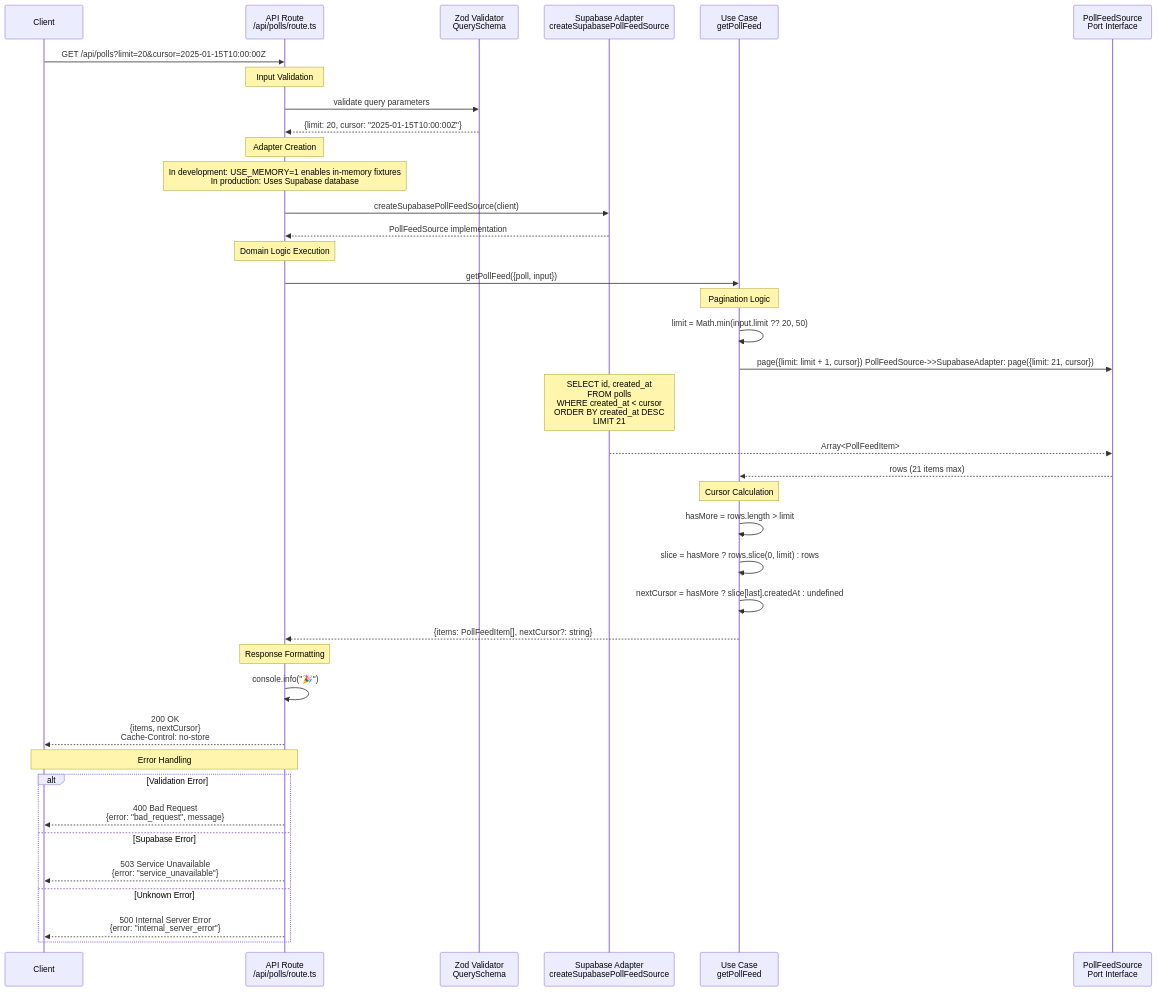
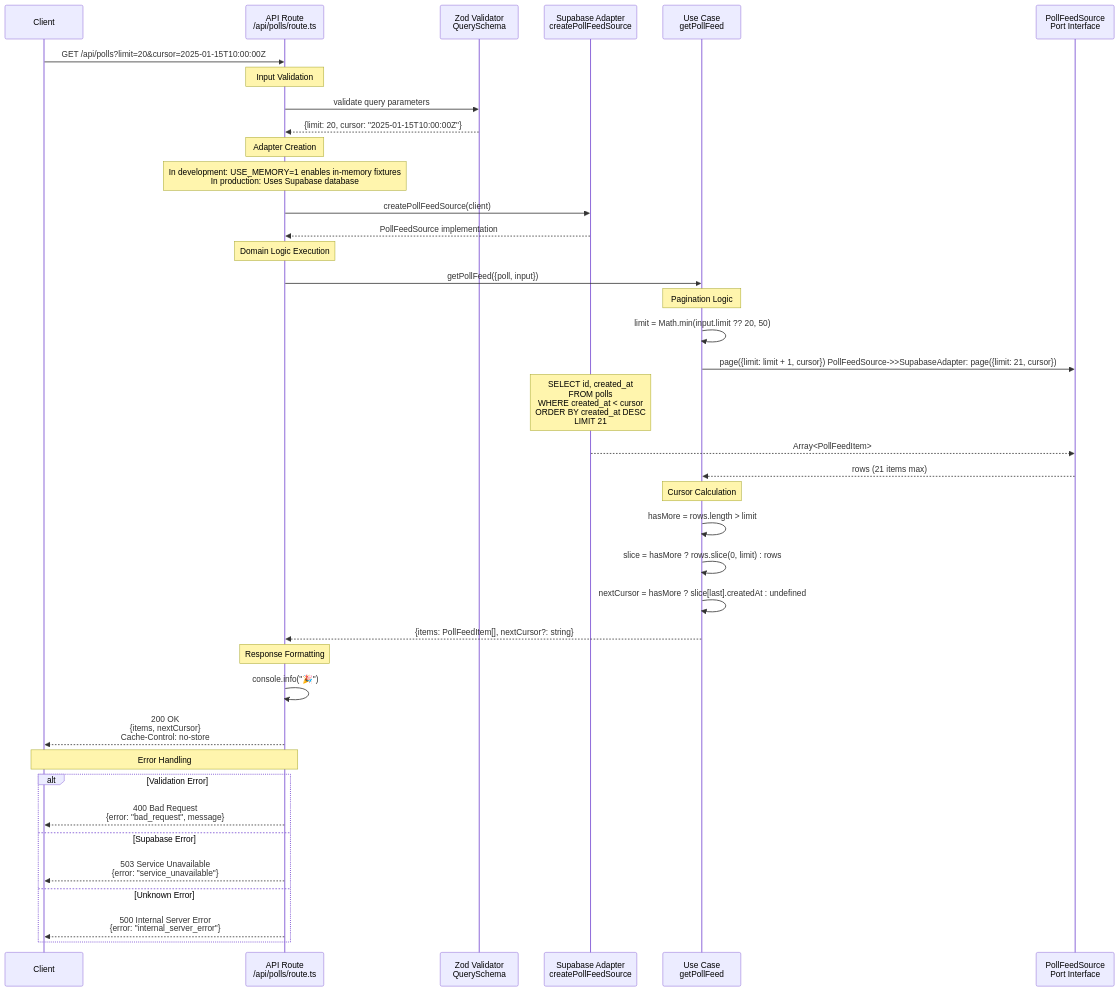
The diagram in .github/sequence-diagrams/get-poll-feed.md (sandbox-as-a-service/directional-sentiment), drawn with Mermaid before and after one commit. The commit also changed 9 other files, not shown here.

````diff
--- a/.github/sequence-diagrams/get-poll-feed.md
+++ b/.github/sequence-diagrams/get-poll-feed.md
@@ -5,51 +5,51 @@
 ```mermaid
 sequenceDiagram
     participant Client
     participant Route as API Route<br/>/api/polls/route.ts
     participant Zod as Zod Validator<br/>QuerySchema
-    participant SupabaseAdapter as Supabase Adapter<br/>createSupabasePollFeedSource
+    participant SupabaseAdapter as Supabase Adapter<br/>createPollFeedSource
     participant UseCase as Use Case<br/>getPollFeed
     participant PollFeedSource as PollFeedSource<br/>Port Interface
 
     Client->>Route: GET /api/polls?limit=20&cursor=2025-01-15T10:00:00Z
 
     Note over Route: Input Validation
     Route->>Zod: validate query parameters
     Zod-->>Route: {limit: 20, cursor: "2025-01-15T10:00:00Z"}
 
     Note over Route: Adapter Creation
     Note over Route: In development: USE_MEMORY=1 enables in-memory fixtures<br/>In production: Uses Supabase database
-    Route->>SupabaseAdapter: createSupabasePollFeedSource(client)
+    Route->>SupabaseAdapter: createPollFeedSource(client)
     SupabaseAdapter-->>Route: PollFeedSource implementation
 
     Note over Route: Domain Logic Execution
     Route->>UseCase: getPollFeed({poll, input})
 
     Note over UseCase: Pagination Logic
     UseCase->>UseCase: limit = Math.min(input.limit ?? 20, 50)
     UseCase->>PollFeedSource: page({limit: limit + 1, cursor})    PollFeedSource->>SupabaseAdapter: page({limit: 21, cursor})
     Note over SupabaseAdapter: SELECT id, created_at<br/>FROM polls<br/>WHERE created_at < cursor<br/>ORDER BY created_at DESC<br/>LIMIT 21
     SupabaseAdapter-->>PollFeedSource: Array<PollFeedItem>
 
     PollFeedSource-->>UseCase: rows (21 items max)
 
     Note over UseCase: Cursor Calculation
     UseCase->>UseCase: hasMore = rows.length > limit
     UseCase->>UseCase: slice = hasMore ? rows.slice(0, limit) : rows
     UseCase->>UseCase: nextCursor = hasMore ? slice[last].createdAt : undefined
 
     UseCase-->>Route: {items: PollFeedItem[], nextCursor?: string}
 
     Note over Route: Response Formatting
     Route->>Route: console.info("🎉")
     Route-->>Client: 200 OK<br/>{items, nextCursor}<br/>Cache-Control: no-store
 
     Note over Route,Client: Error Handling
     alt Validation Error
         Route-->>Client: 400 Bad Request<br/>{error: "bad_request", message}
     else Supabase Error
         Route-->>Client: 503 Service Unavailable<br/>{error: "service_unavailable"}
     else Unknown Error
         Route-->>Client: 500 Internal Server Error<br/>{error: "internal_server_error"}
     end
 ```
````
